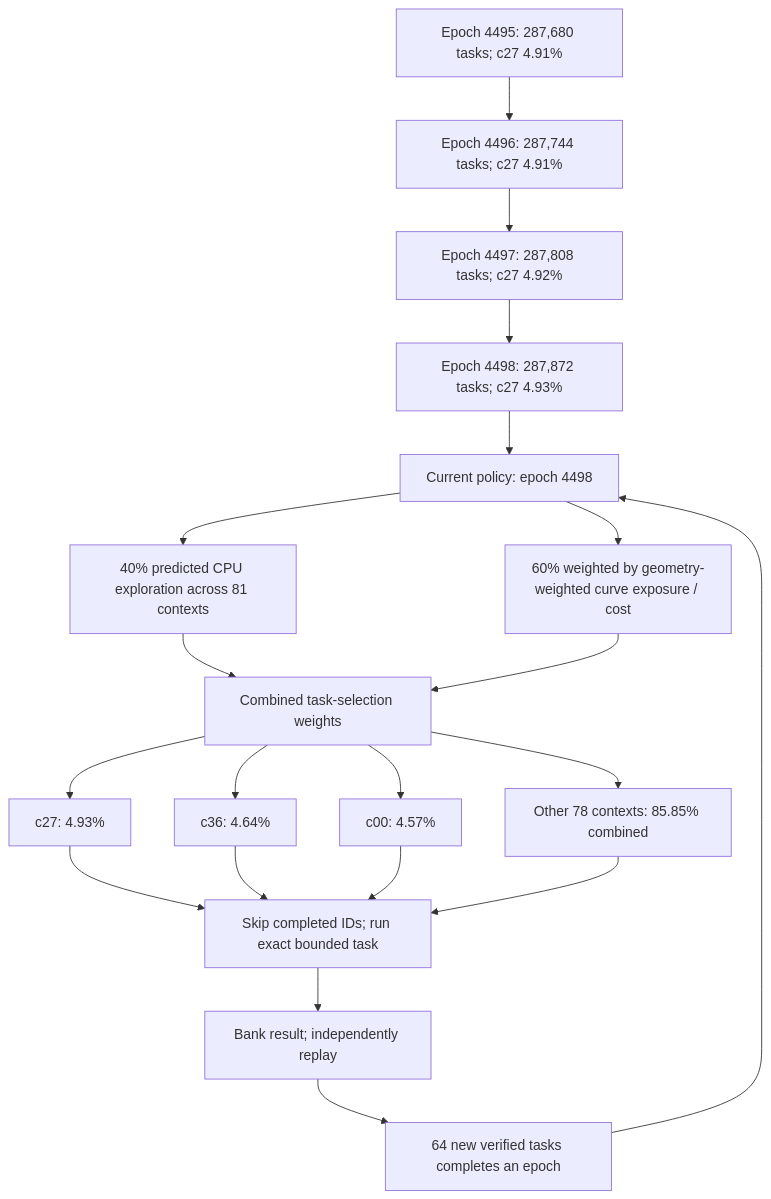
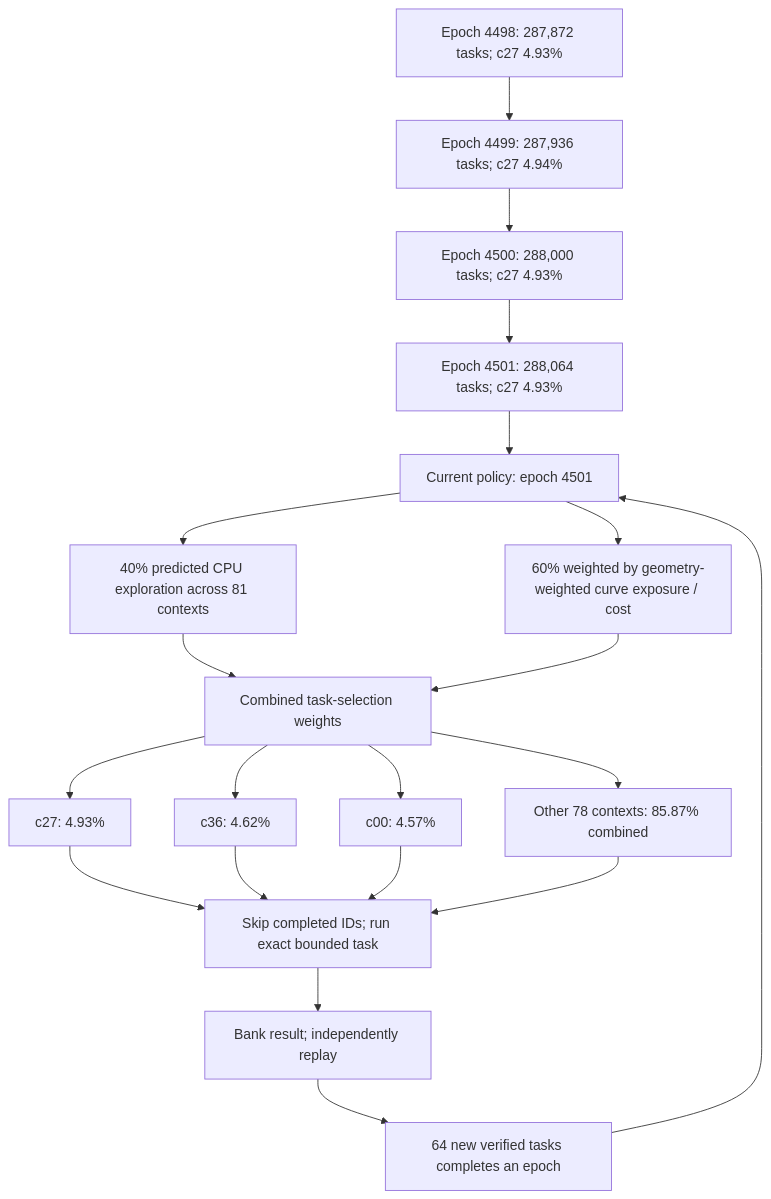
Before and after one commit to Kuberwastaken/math-gambling: the first of 3 diagrams in README.md, drawn with Mermaid. The commit also changed other lines of this file and 2686 other files, not shown here.

````diff
--- a/README.md
+++ b/README.md
@@ -60,27 +60,27 @@
 ```mermaid
 flowchart TD
-    H0["Epoch 4495: 287,680 tasks; c27 4.91%"]
-    H1["Epoch 4496: 287,744 tasks; c27 4.91%"]
+    H0["Epoch 4498: 287,872 tasks; c27 4.93%"]
+    H1["Epoch 4499: 287,936 tasks; c27 4.94%"]
     H0 --> H1
-    H2["Epoch 4497: 287,808 tasks; c27 4.92%"]
+    H2["Epoch 4500: 288,000 tasks; c27 4.93%"]
     H1 --> H2
-    H3["Epoch 4498: 287,872 tasks; c27 4.93%"]
+    H3["Epoch 4501: 288,064 tasks; c27 4.93%"]
     H2 --> H3
-    Policy["Current policy: epoch 4498"]
+    Policy["Current policy: epoch 4501"]
     H3 --> Policy
     Policy --> Explore["40% predicted CPU exploration across 81 contexts"]
     Policy --> Cost["60% weighted by geometry-weighted curve exposure / cost"]
     Explore --> Mix["Combined task-selection weights"]
     Cost --> Mix
     Mix --> C0["c27: 4.93%"]
-    Mix --> C1["c36: 4.64%"]
+    Mix --> C1["c36: 4.62%"]
     Mix --> C2["c00: 4.57%"]
-    Mix --> Rest["Other 78 contexts: 85.85% combined"]
+    Mix --> Rest["Other 78 contexts: 85.87% combined"]
     C0 --> Check["Skip completed IDs; run exact bounded task"]
     C1 --> Check
     C2 --> Check
     Rest --> Check
     Check --> Replay["Bank result; independently replay"]
     Replay --> Gate["64 new verified tasks completes an epoch"]
     Gate --> Policy
 ```
````
